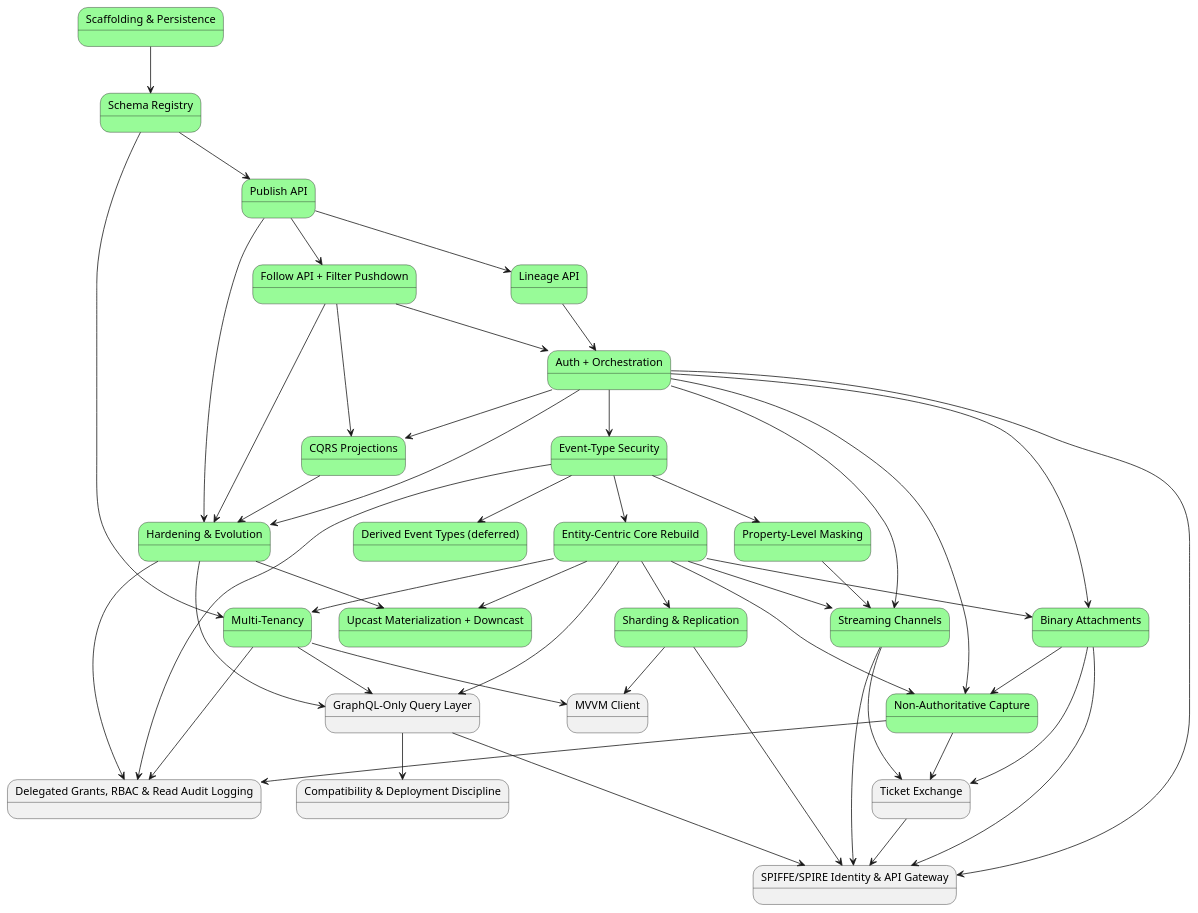
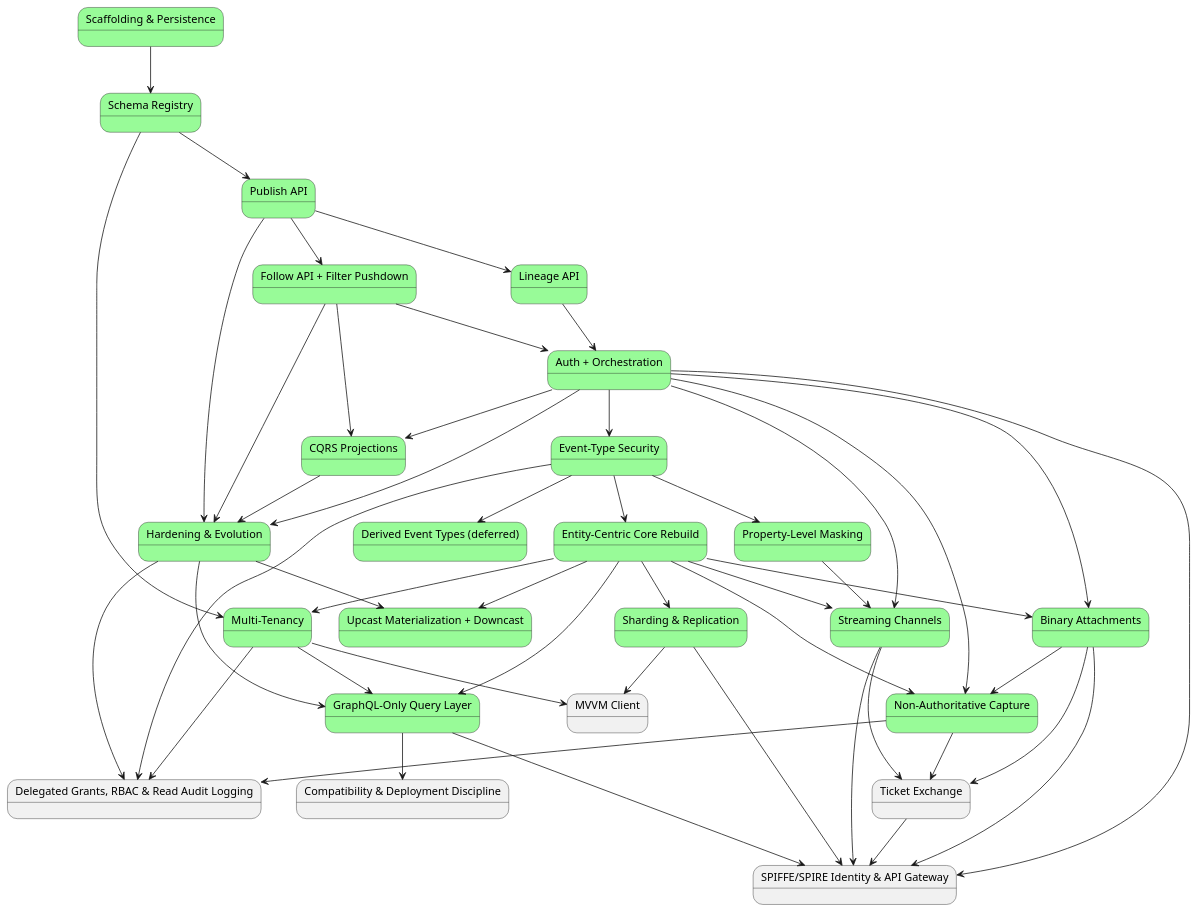
Before and after one commit to Mwwhited-BookLearning/EventSourcing: the first of 2 diagrams in docs/08-build-plan.md, drawn with PlantUML. The commit also changed other lines of this file and 32 other files, not shown here.

````diff
--- a/docs/08-build-plan.md
+++ b/docs/08-build-plan.md
@@ -156,77 +156,77 @@
 ```plantuml
 @startuml BuildPlan_CorePhases
 state "Scaffolding & Persistence" as p0 #palegreen
 state "Schema Registry" as p1 #palegreen
 state "Publish API" as p2 #palegreen
 state "Lineage API" as p3 #palegreen
 state "Follow API + Filter Pushdown" as p4 #palegreen
 state "Auth + Orchestration" as p5 #palegreen
 state "Event-Type Security" as p6 #palegreen
 state "Derived Event Types (deferred)" as p7 #palegreen
 state "Property-Level Masking" as p8 #palegreen
 state "CQRS Projections" as p9 #palegreen
 state "Hardening & Evolution" as p10 #palegreen
 state "Entity-Centric Core Rebuild" as p11 #palegreen
 state "Multi-Tenancy" as p12 #palegreen
 state "Upcast Materialization + Downcast" as p13 #palegreen
 state "Streaming Channels" as p14 #palegreen
 state "Binary Attachments" as p15 #palegreen
 state "Sharding & Replication" as p16 #palegreen
 state "Non-Authoritative Capture" as p17 #palegreen
-state "GraphQL-Only Query Layer" as p18
+state "GraphQL-Only Query Layer" as p18 #palegreen
 state "Compatibility & Deployment Discipline" as p19
 state "MVVM Client" as p20
 state "Ticket Exchange" as p21
 state "Delegated Grants, RBAC & Read Audit Logging" as p22
 state "SPIFFE/SPIRE Identity & API Gateway" as p23
 
 p0 --> p1
 p1 --> p2
 p2 --> p3
 p2 --> p4
 p3 --> p5
 p4 --> p5
 p5 --> p6
 p6 --> p7
 p6 --> p8
 p4 --> p9
 p5 --> p9
 p5 --> p10
 p2 --> p10
 p4 --> p10
 p9 --> p10
 p6 --> p11
 p1 --> p12
 p11 --> p12
 p10 --> p13
 p11 --> p13
 p5 --> p14
 p11 --> p14
 p8 --> p14
 p5 --> p15
 p11 --> p15
 p11 --> p16
 p11 --> p17
 p5 --> p17
 p15 --> p17
 p11 --> p18
 p12 --> p18
 p10 --> p18
 p18 --> p19
 p12 --> p20
 p16 --> p20
 p14 --> p21
 p15 --> p21
 p17 --> p21
 p17 --> p22
 p6 --> p22
 p12 --> p22
 p10 --> p22
 p5 --> p23
 p16 --> p23
 p14 --> p23
 p15 --> p23
 p18 --> p23
 p21 --> p23
 @enduml
 ```
````
